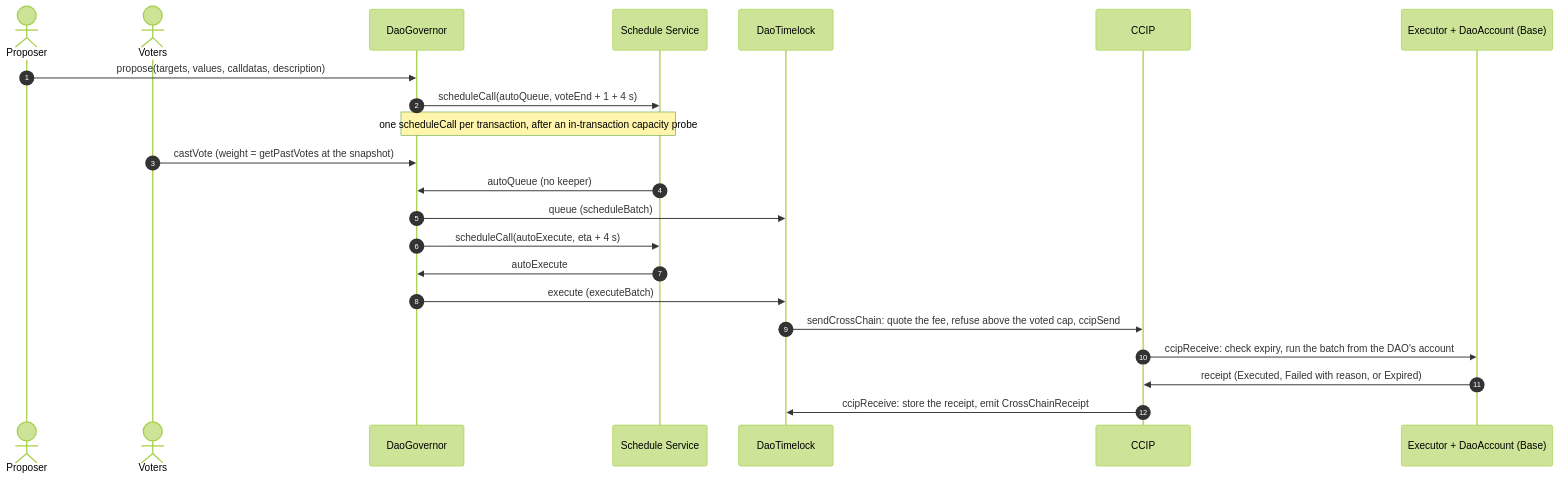
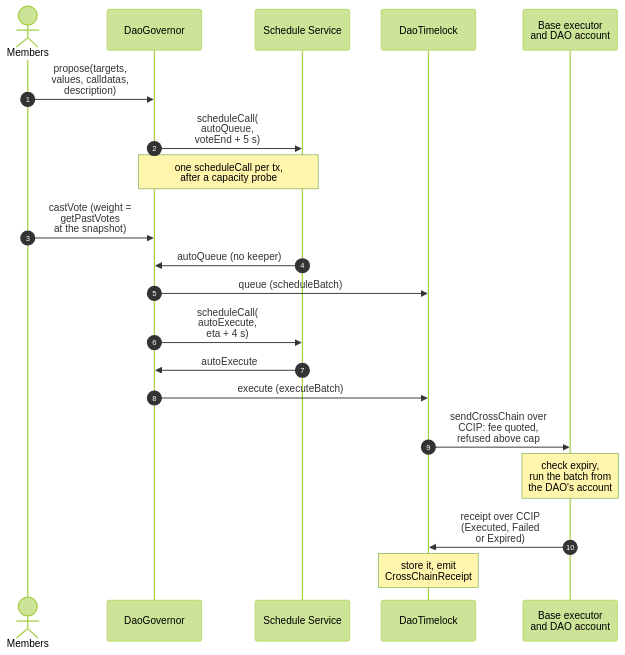
The second of 3 diagrams in docs/architecture.md (Baskarayelu/hedera-ccip-timelock-dao), drawn with Mermaid (forest theme) before and after one commit. The commit also changed other lines of this file and 4 other files, not shown here.

First line of the commit message:
Make every diagram render on GitHub and link the docs site

````diff
--- a/docs/architecture.md
+++ b/docs/architecture.md
@@ -52,25 +52,23 @@
 ```mermaid
 sequenceDiagram
   autonumber
-  actor P as Proposer
-  actor V as Voters
+  actor M as Members
   participant G as DaoGovernor
   participant H as Schedule Service
   participant T as DaoTimelock
-  participant C as CCIP
-  participant E as Executor + DaoAccount (Base)
+  participant E as Base executor<br/>and DAO account
 
-  P->>G: propose(targets, values, calldatas, description)
-  G->>H: scheduleCall(autoQueue, voteEnd + 1 + 4 s)
-  Note over G,H: one scheduleCall per transaction, after an in-transaction capacity probe
-  V->>G: castVote (weight = getPastVotes at the snapshot)
+  M->>G: propose(targets,<br/>values, calldatas,<br/>description)
+  G->>H: scheduleCall(<br/>autoQueue,<br/>voteEnd + 5 s)
+  Note over G,H: one scheduleCall per tx,<br/>after a capacity probe
+  M->>G: castVote (weight =<br/>getPastVotes<br/>at the snapshot)
   H->>G: autoQueue (no keeper)
   G->>T: queue (scheduleBatch)
-  G->>H: scheduleCall(autoExecute, eta + 4 s)
+  G->>H: scheduleCall(<br/>autoExecute,<br/>eta + 4 s)
   H->>G: autoExecute
   G->>T: execute (executeBatch)
-  T->>C: sendCrossChain: quote the fee, refuse above the voted cap, ccipSend
-  C->>E: ccipReceive: check expiry, run the batch from the DAO's account
-  E->>C: receipt (Executed, Failed with reason, or Expired)
-  C->>T: ccipReceive: store the receipt, emit CrossChainReceipt
+  T->>E: sendCrossChain over<br/>CCIP: fee quoted,<br/>refused above cap
+  Note over E: check expiry,<br/>run the batch from<br/>the DAO's account
+  E->>T: receipt over CCIP<br/>(Executed, Failed<br/>or Expired)
+  Note over T: store it, emit<br/>CrossChainReceipt
 ```
````
